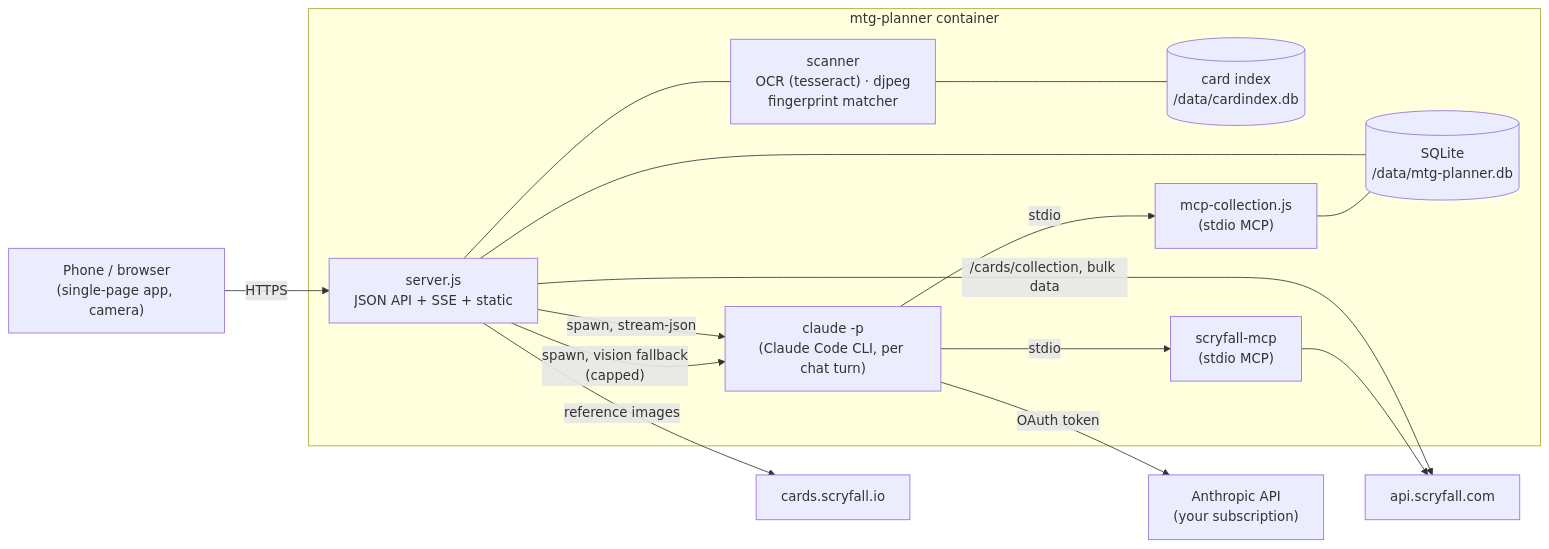
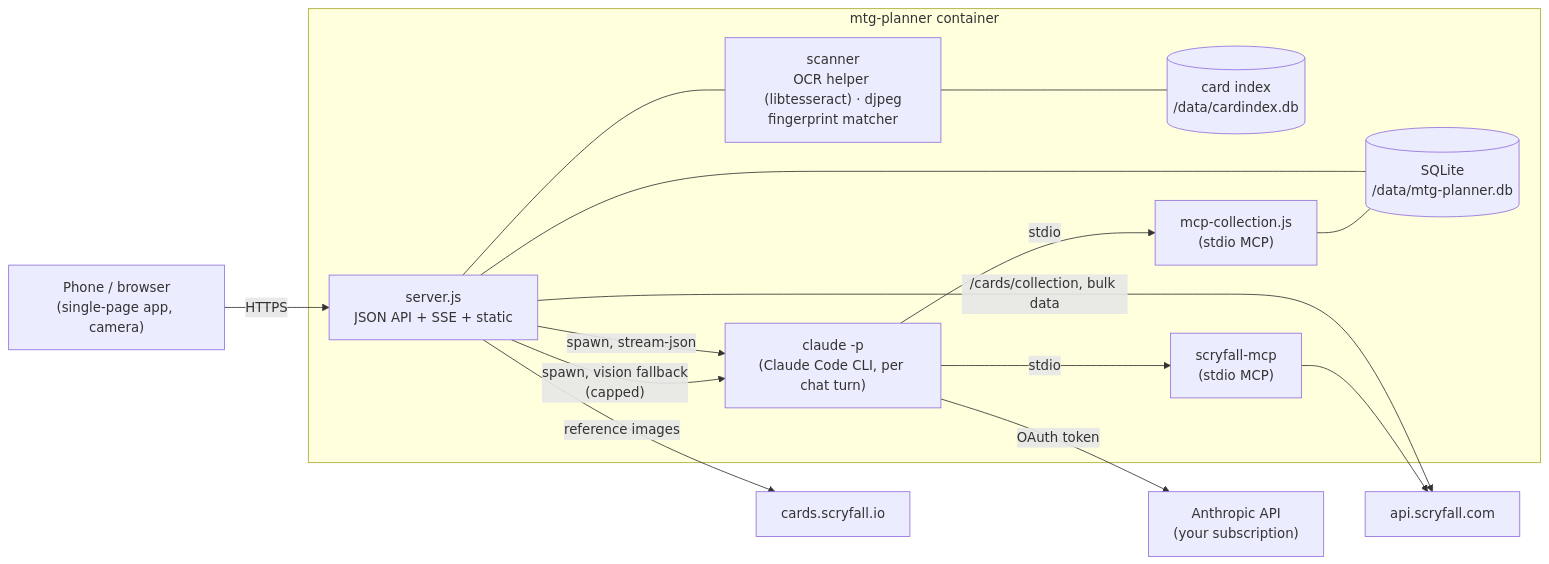
Before and after one commit to klopfer-hello/mtg-planner: the second of 2 diagrams in README.md, drawn with Mermaid. The commit also changed other lines of this file and 32 other files, not shown here.

````diff
--- a/README.md
+++ b/README.md
@@ -519,25 +619,25 @@
 ```mermaid
 flowchart LR
   phone["Phone / browser<br/>(single-page app, camera)"] -- "HTTPS" --> server
   subgraph container["mtg-planner container"]
     server["server.js<br/>JSON API + SSE + static"]
     db[("SQLite<br/>/data/mtg-planner.db")]
-    scan["scanner<br/>OCR (tesseract) · djpeg<br/>fingerprint matcher"]
+    scan["scanner<br/>OCR helper (libtesseract) · djpeg<br/>fingerprint matcher"]
     idx[("card index<br/>/data/cardindex.db")]
     server --- scan
     scan --- idx
     cli["claude -p<br/>(Claude Code CLI, per chat turn)"]
     mcpc["mcp-collection.js<br/>(stdio MCP)"]
     mcps["scryfall-mcp<br/>(stdio MCP)"]
     server --- db
     server -- "spawn, stream-json" --> cli
     cli -- stdio --> mcpc
     cli -- stdio --> mcps
     mcpc --- db
     server -- "spawn, vision fallback<br/>(capped)" --> cli
   end
   server -- "/cards/collection, bulk data" --> scry["api.scryfall.com"]
   server -- "reference images" --> img["cards.scryfall.io"]
   mcps --> scry
   cli -- "OAuth token" --> anthropic["Anthropic API<br/>(your subscription)"]
 ```
````
